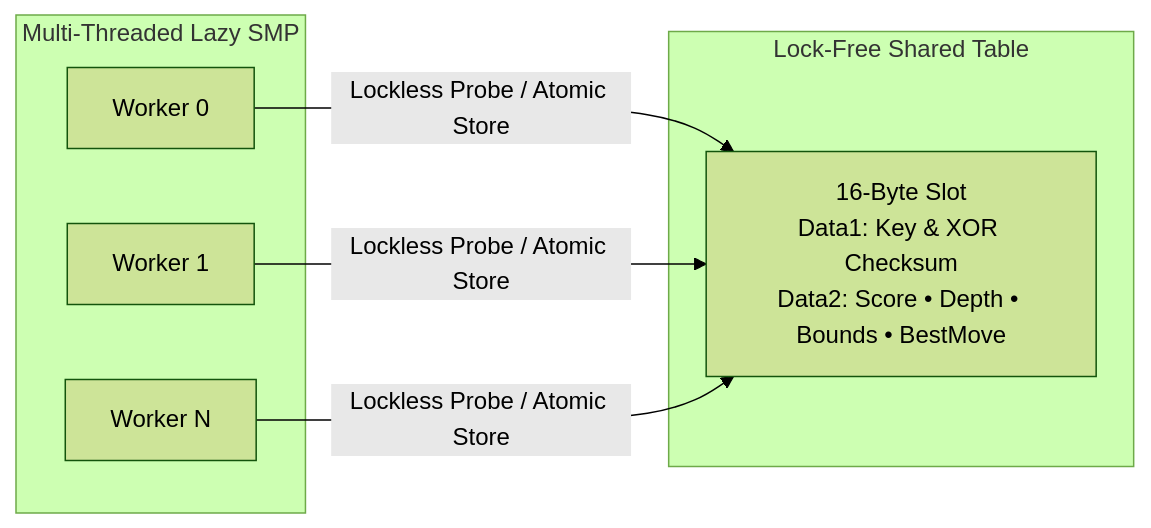
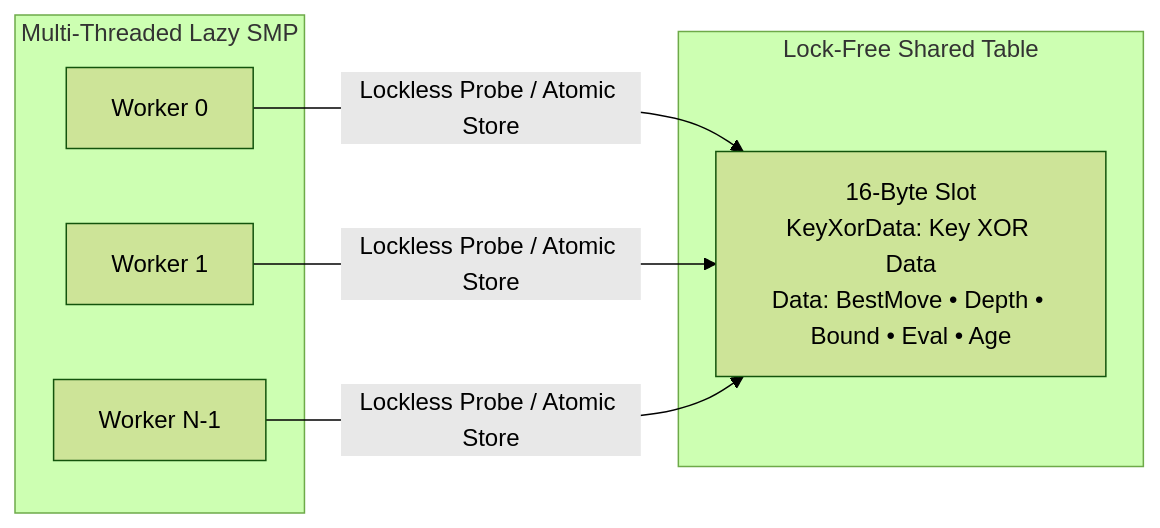
One commit to cjp-dev/Gomoku changed the second of 2 diagrams in docs/brain/09-transposition-table.md. Above: the diagram before and after it, drawn with Mermaid (forest theme). The commit also changed other lines of this file and 26 other files, not shown here.

````diff
--- a/docs/brain/09-transposition-table.md
+++ b/docs/brain/09-transposition-table.md
@@ -167,16 +169,16 @@
 ```mermaid
 flowchart LR
     subgraph Multi-Threaded Lazy SMP
         T0["Worker 0"]
         T1["Worker 1"]
-        TN["Worker N"]
+        TN["Worker N-1"]
     end
 
     subgraph Lock-Free Shared Table
-        Slot["16-Byte Slot<br/>Data1: Key &amp; XOR Checksum<br/>Data2: Score • Depth • Bounds • BestMove"]
+        Slot["16-Byte Slot<br/>KeyXorData: Key XOR Data<br/>Data: BestMove • Depth • Bound • Eval • Age"]
     end
 
     T0 -- "Lockless Probe / Atomic Store" --> Slot
     T1 -- "Lockless Probe / Atomic Store" --> Slot
     TN -- "Lockless Probe / Atomic Store" --> Slot
 ```
````
